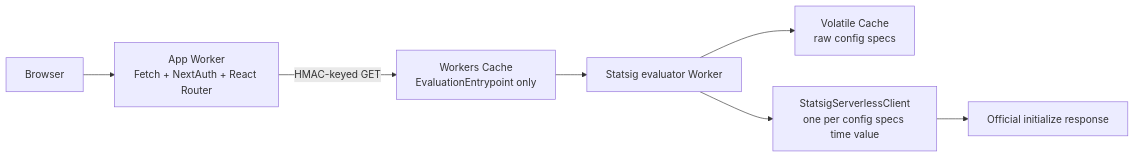
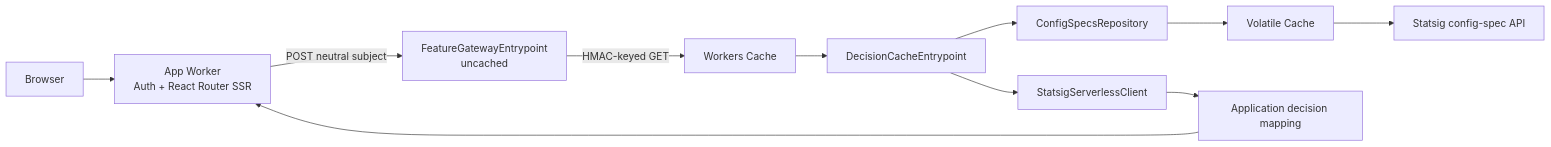
The diagram in README.md (irvinebroque/reference-example-kitchen-sink), drawn with Mermaid before and after one commit. The commit also changed other lines of this file and 37 other files, not shown here.

Commit message:
Encapsulate Statsig behind feature service

````diff
--- a/README.md
+++ b/README.md
@@ -37,9 +34,13 @@
 ```mermaid
 flowchart LR
-    Browser --> App["App Worker\nFetch + NextAuth + React Router"]
-    App -->|"HMAC-keyed GET"| Cache["Workers Cache\nEvaluationEntrypoint only"]
-    Cache --> Evaluator["Statsig evaluator Worker"]
-    Evaluator --> Volatile["Volatile Cache\nraw config specs"]
-    Evaluator --> SDK["StatsigServerlessClient\none per config specs time value"]
-    SDK --> Bootstrap["Official initialize response"]
+    Browser --> App["App Worker\nAuth + React Router SSR"]
+    App -->|"POST neutral subject"| Gateway["FeatureGatewayEntrypoint\nuncached"]
+    Gateway -->|"HMAC-keyed GET"| Cache["Workers Cache"]
+    Cache --> Decisions["DecisionCacheEntrypoint"]
+    Decisions --> Repository["ConfigSpecsRepository"]
+    Repository --> Volatile["Volatile Cache"]
+    Volatile --> Provider["Statsig config-spec API"]
+    Decisions --> SDK["StatsigServerlessClient"]
+    SDK --> Mapping["Application decision mapping"]
+    Mapping --> App
 ```
````
